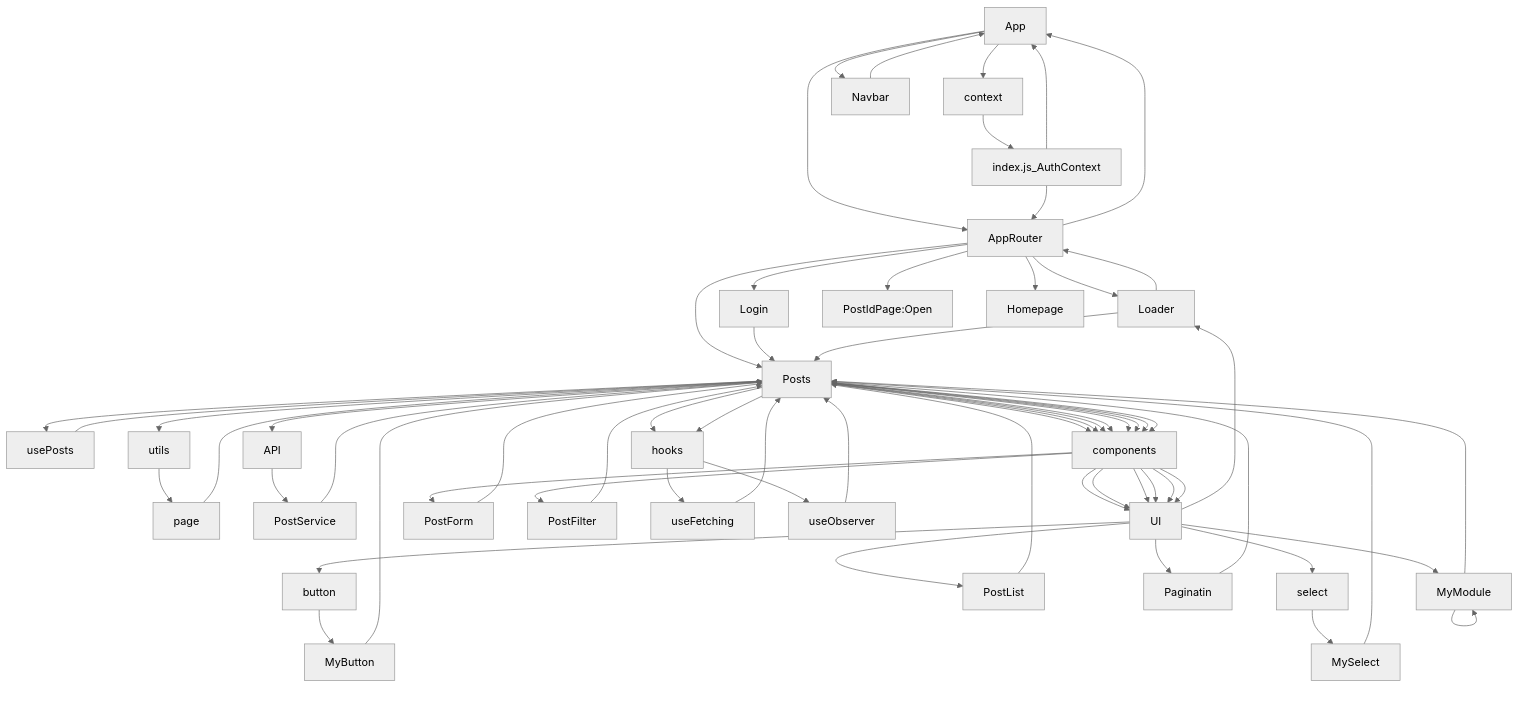
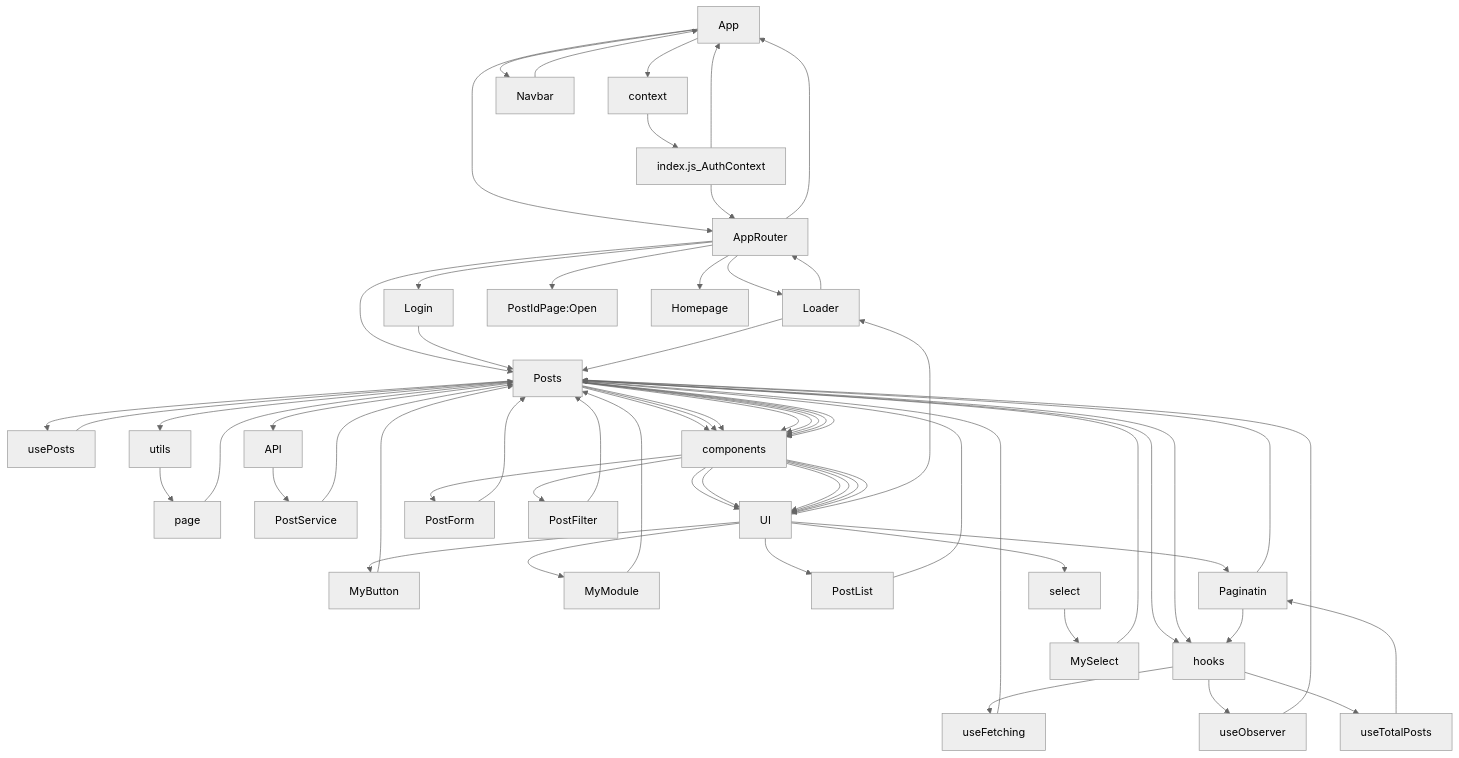
The first of 2 diagrams in README.md (Freeze35/test-react-project), drawn with Mermaid (neutral theme) before and after one commit.

````diff
--- a/README.md
+++ b/README.md
@@ -112,39 +112,40 @@
 ```mermaid
 graph TD;
    App-->context-->index.js_AuthContext-->App
    App-->Navbar
    App-->AppRouter
    Navbar-->App
    AppRouter-->App
    index.js_AuthContext-->AppRouter
    AppRouter-->Loader
    Loader-->AppRouter
    AppRouter-->Posts
    AppRouter-->Login
    Login-->Posts
    AppRouter-->PostIdPage:Open
    AppRouter-->Homepage
    Posts-->usePosts-->Posts
    Posts-->utils-->page-->Posts
    Posts-->API-->PostService-->Posts
-   Posts-->components-->UI-->button-->MyButton
+   Posts-->components-->UI-->MyButton
    MyButton-->Posts
-   Posts-->components-->UI-->MyModule-->MyModule
-   MyModule-->Posts
+   Posts-->components-->UI-->MyModule-->Posts
    Posts-->components-->PostForm
    PostForm-->Posts
    Posts-->components-->PostFilter
    PostFilter-->Posts
    Posts-->components-->UI-->PostList
    PostList-->Posts
    Posts-->components-->UI-->Loader
    Loader-->Posts
    Posts-->components-->UI-->Paginatin
    Paginatin-->Posts
    Posts-->hooks-->useFetching
    useFetching-->Posts
    Posts-->hooks-->useObserver
    useObserver-->Posts
    Posts-->components-->UI-->select-->MySelect
    MySelect-->Posts
+   Paginatin-->hooks-->useTotalPosts-->Paginatin
+   
 ```
````
